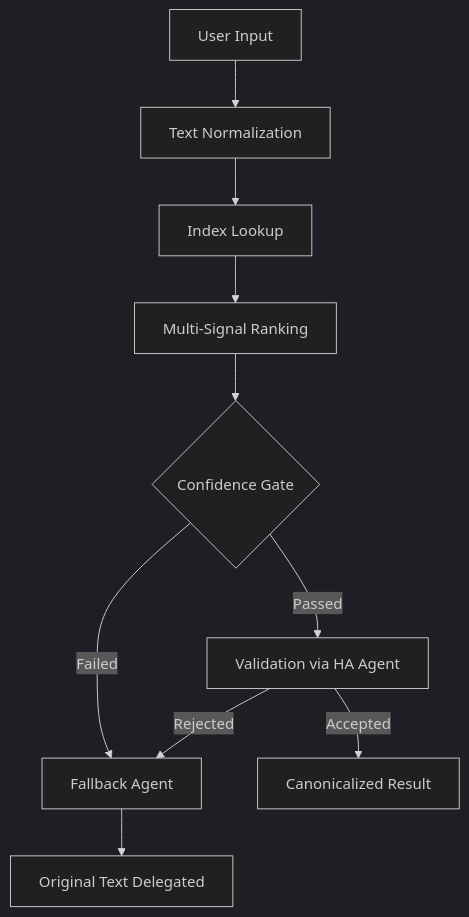
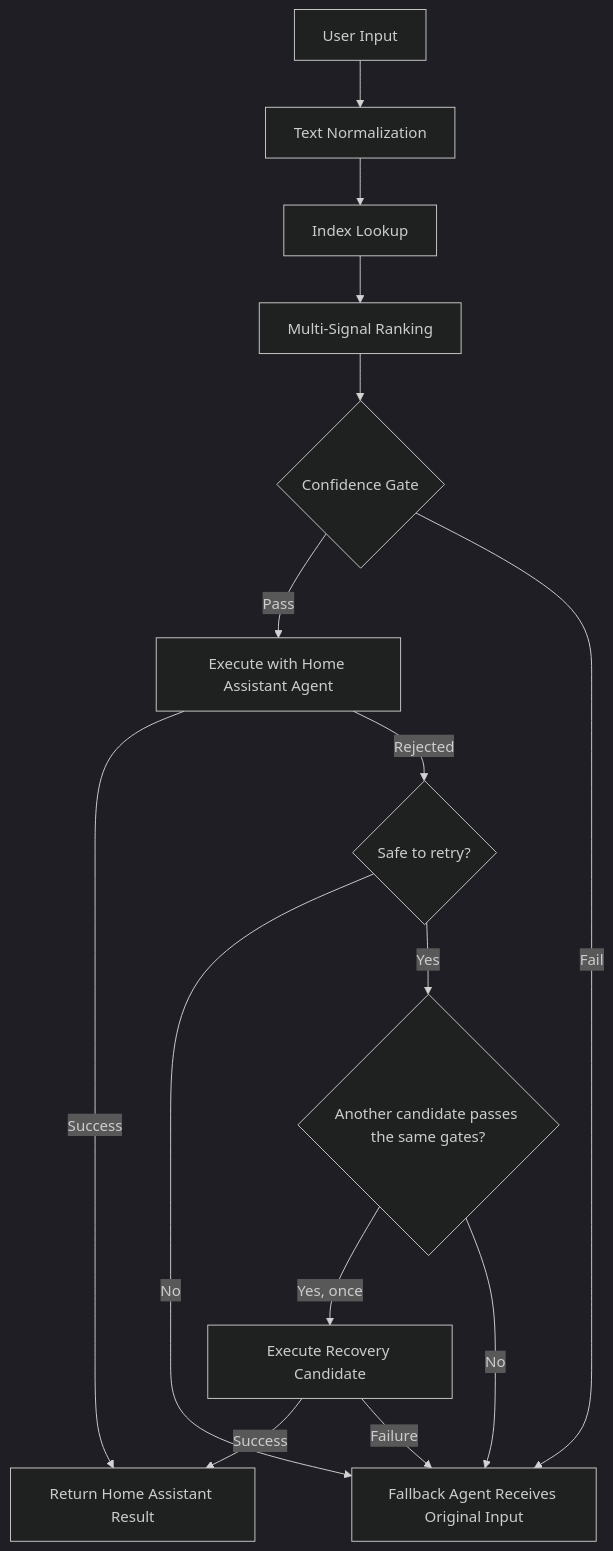
One commit to luuquangvu/assist-canonicalizer changed the diagram in README.md. Above: the diagram before and after it, drawn with Mermaid (dark theme). The commit also changed other lines of this file and 24 other files, not shown here.

Commit message:
Add bounded candidate recovery and stricter multilingual accuracy gates (#56)

````diff
--- a/README.md
+++ b/README.md
@@ -103,12 +103,17 @@
 ```mermaid
 flowchart TD
     A[User Input] --> B[Text Normalization]
     B --> C[Index Lookup]
     C --> D[Multi-Signal Ranking]
     D --> E{Confidence Gate}
-    E -->|Passed| F[Validation via HA Agent]
-    E -->|Failed| G[Fallback Agent]
-    F -->|Accepted| H[Canonicalized Result]
-    F -->|Rejected| G
-    G --> I[Original Text Delegated]
+    E -->|Pass| F[Execute with Home Assistant Agent]
+    E -->|Fail| G[Fallback Agent Receives Original Input]
+    F -->|Success| H[Return Home Assistant Result]
+    F -->|Rejected| R{Safe to retry?}
+    R -->|No| G
+    R -->|Yes| J{Another candidate passes the same gates?}
+    J -->|Yes, once| K[Execute Recovery Candidate]
+    J -->|No| G
+    K -->|Success| H
+    K -->|Failure| G
 ```
````
